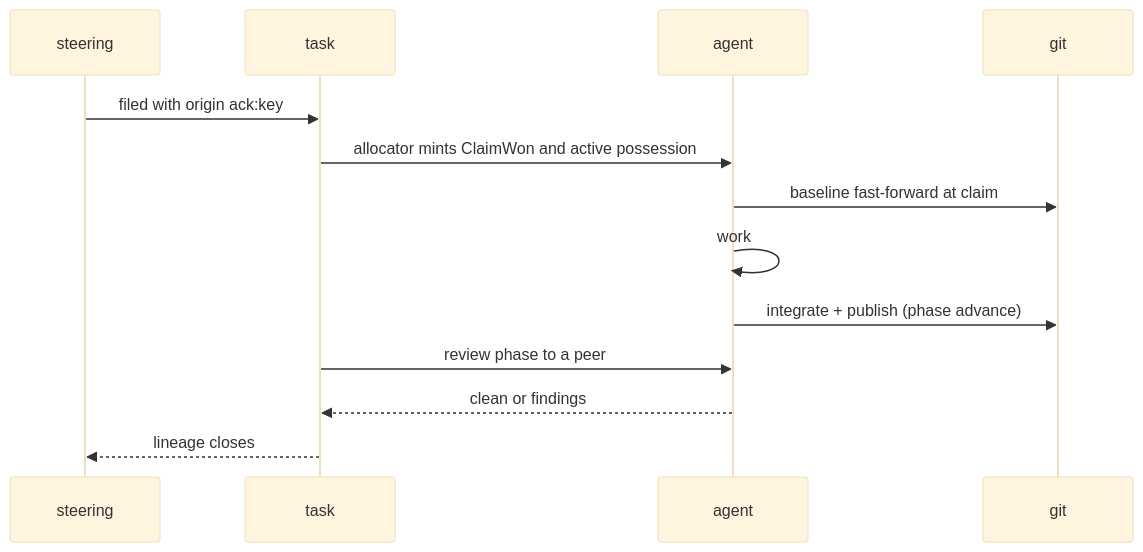
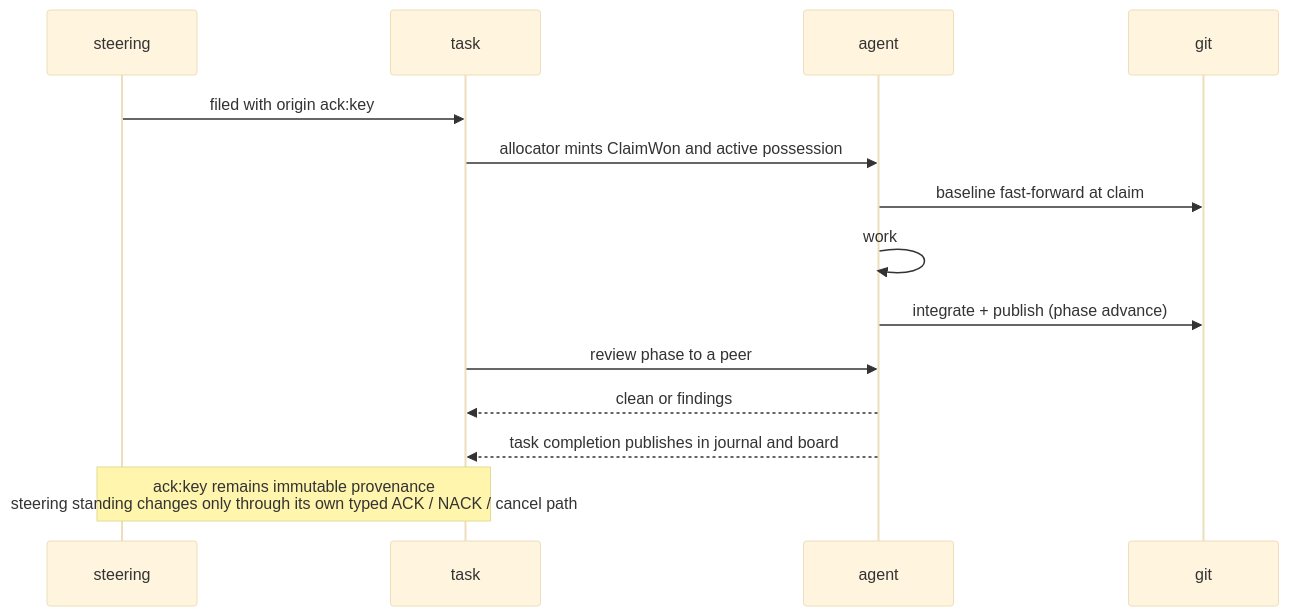
One commit to infimalabs/spice-rust changed the fourth of 6 diagrams in docs/product/model/failures.md. Above: the diagram before and after it, drawn with Mermaid (base theme). The commit also changed other lines of this file and 120 other files, not shown here.

````diff
--- a/docs/product/model/failures.md
+++ b/docs/product/model/failures.md
@@ -109,15 +110,16 @@
 ```mermaid
 sequenceDiagram
   participant S as steering
   participant T as task
   participant A as agent
   participant G as git
   S->>T: filed with origin ack:key
   T->>A: allocator mints ClaimWon and active possession
   A->>G: baseline fast-forward at claim
   A->>A: work
   A->>G: integrate + publish (phase advance)
   T->>A: review phase to a peer
   A-->>T: clean or findings
-  T-->>S: lineage closes
+  A-->>T: task completion publishes in journal and board
+  Note over S,T: ack:key remains immutable provenance<br/>steering standing changes only through its own typed ACK / NACK / cancel path
 ```
````
